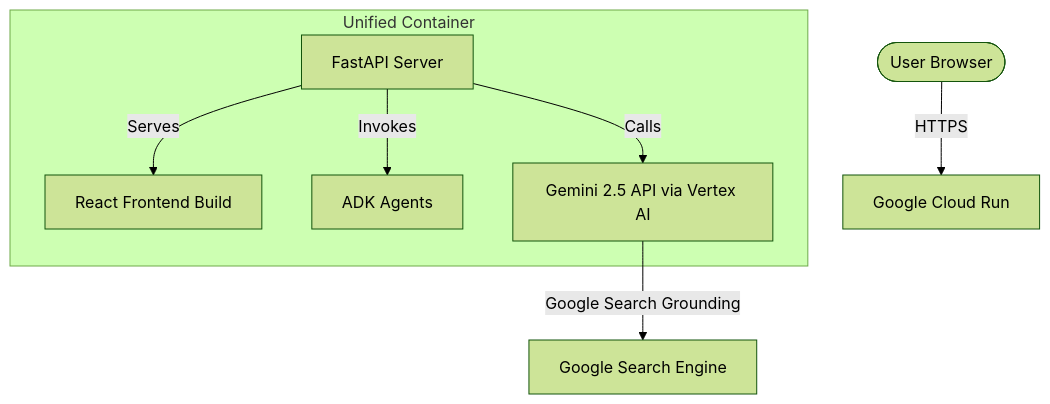
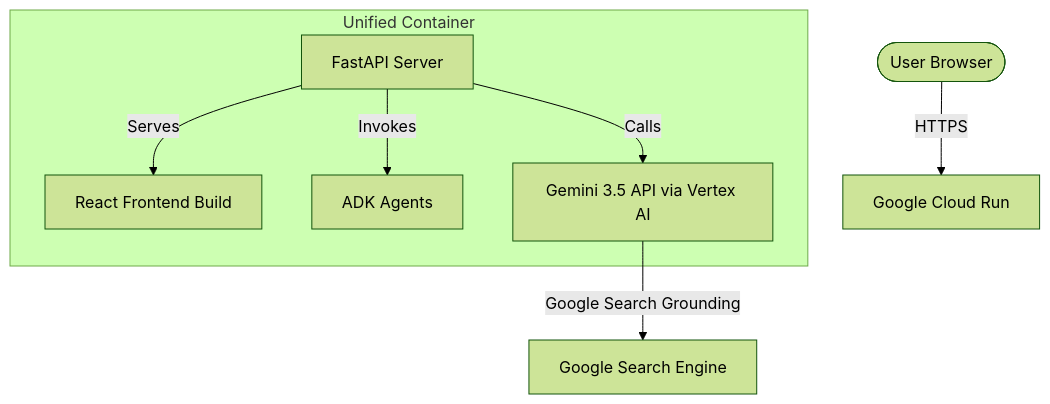
Before and after one commit to sad-squid/gemini-demo: the diagram in docs/DEPLOYMENT.md, drawn with Mermaid (forest theme). The commit also changed 8 other files, not shown here.

````diff
--- a/docs/DEPLOYMENT.md
+++ b/docs/DEPLOYMENT.md
@@ -9,10 +9,10 @@
 ```mermaid
 graph TD
     User([User Browser]) -->|HTTPS| CloudRun[Google Cloud Run]
     subgraph CloudRunContainer [Unified Container]
         FastAPI[FastAPI Server] -->|Serves| Static[React Frontend Build]
         FastAPI -->|Invokes| ADK[ADK Agents]
-        FastAPI -->|Calls| Gemini[Gemini 2.5 API via Vertex AI]
+        FastAPI -->|Calls| Gemini[Gemini 3.5 API via Vertex AI]
     end
     Gemini -->|Google Search Grounding| Web[Google Search Engine]
 ```
````
